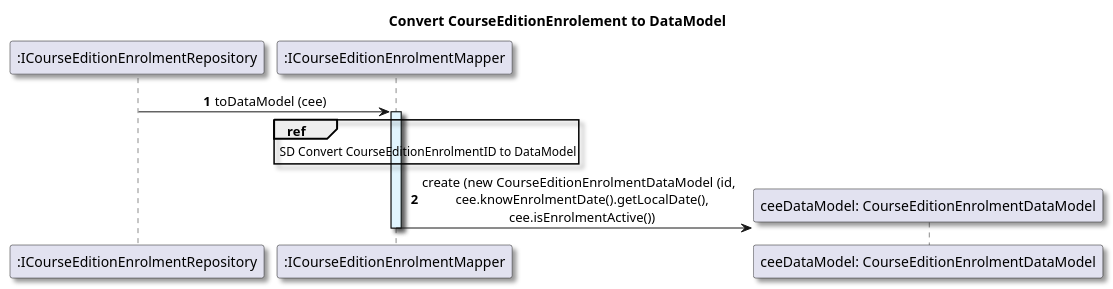
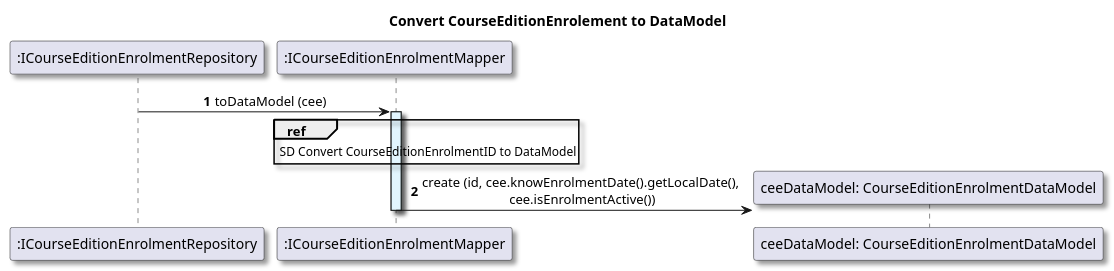
One commit to GasparISEP/DevOps-PAI changed the diagram in docs/US16/references/US16_convertCourseEditionEnrolmentTODataModel.puml. Above: the diagram before and after it, drawn with PlantUML.

Commit message:
doc (sequence diagram): refactor the SD for CourseEditionEnrolment to DataModel conversion with minor adjustments (#359, #313)

```diff
--- a/docs/US16/references/US16_convertCourseEditionEnrolmentTODataModel.puml
+++ b/docs/US16/references/US16_convertCourseEditionEnrolmentTODataModel.puml
@@ -1,28 +1,28 @@
 @startuml
 
 title Convert CourseEditionEnrolement to DataModel
 
 autonumber
 skinparam {
   ActivityPadding 2
   ActivityMargin 2
   BoxPadding 2
 }
 skinparam defaultTextAlignment center
 skinparam shadowing true
 
 participant ":ICourseEditionEnrolmentRepository" as ICourseEditionEnrolmentRepository
 participant ":ICourseEditionEnrolmentMapper" as ceeMapper
 
 ICourseEditionEnrolmentRepository -> ceeMapper: toDataModel (cee)
 activate ceeMapper #E1F5FE
 
 ref over ceeMapper
     SD Convert CourseEditionEnrolmentID to DataModel
 end
 
 create "ceeDataModel: CourseEditionEnrolmentDataModel"
-ceeMapper -> "ceeDataModel: CourseEditionEnrolmentDataModel": create (new CourseEditionEnrolmentDataModel (id, \n cee.knowEnrolmentDate().getLocalDate(),\n cee.isEnrolmentActive())
+ceeMapper -> "ceeDataModel: CourseEditionEnrolmentDataModel": create (id, cee.knowEnrolmentDate().getLocalDate(),\n cee.isEnrolmentActive())
 deactivate ceeMapper
 
 @enduml
```
